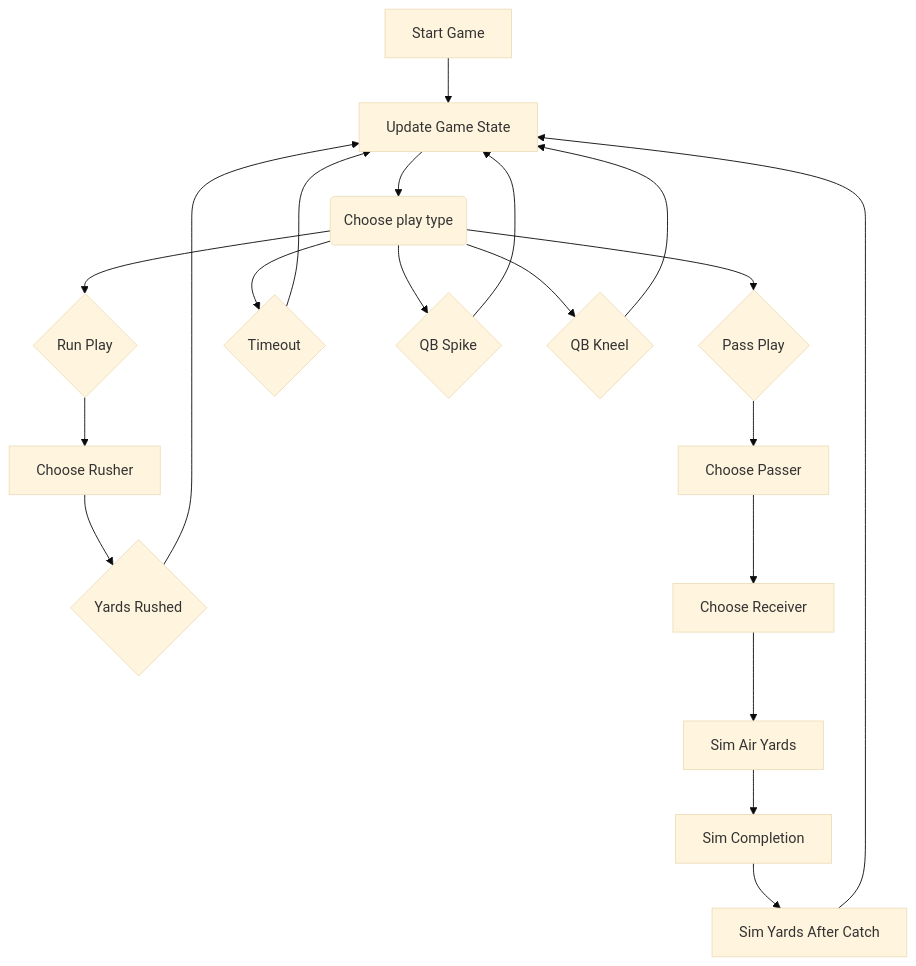
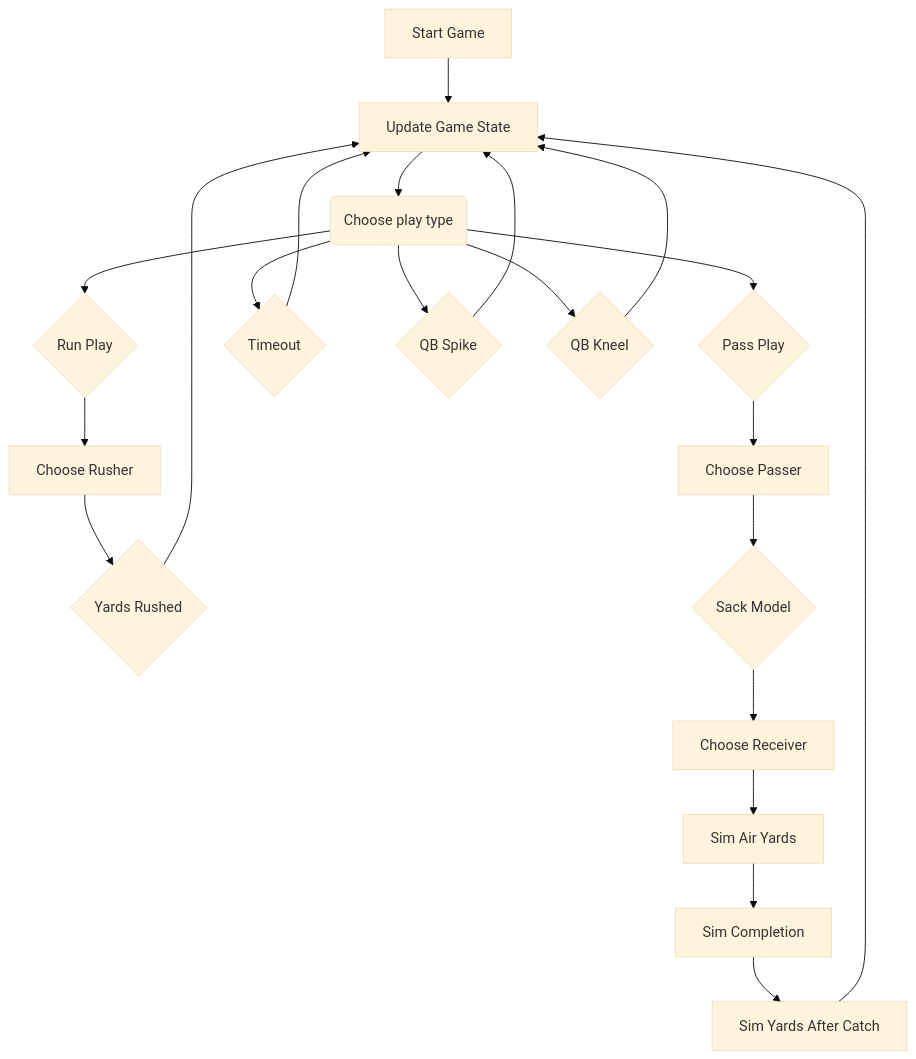
One commit to sharedw/NFL_sim changed the diagram in mermaid.md. Above: the diagram before and after it, drawn with Mermaid (base theme). The commit also changed 1 other file, not shown here.

Commit message:
started sack model

````diff
--- a/mermaid.md
+++ b/mermaid.md
@@ -6,22 +6,23 @@
 ```mermaid
 flowchart 
 aa[Start Game] --> A
 A[Update Game State] --> B(Choose play type)
 B --> C{Run Play}
 B --> D{Pass Play}
 B --> E{Timeout}
 B --> F{QB Spike}
 B --> G{QB Kneel}
 C --> H[Choose Rusher]
 H --> I{Yards Rushed}
 D --> J[Choose Passer]
-J --> K[Choose Receiver]
+J --> Z{Sack Model}
+Z --> K[Choose Receiver]
 K --> L[Sim Air Yards]
 L --> M[Sim Completion]
 M --> N[Sim Yards After Catch]
 N --> A
 E --> A
 F --> A
 G --> A
 I --> A
 ```
````
